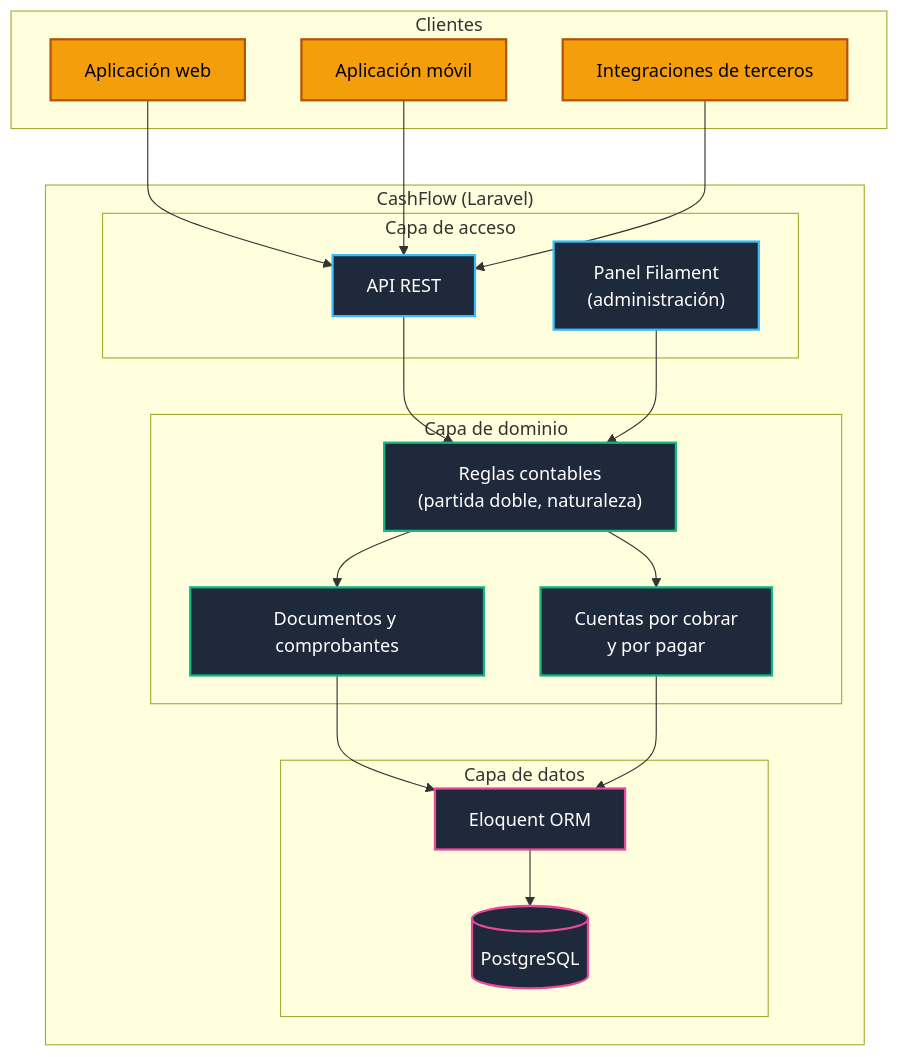
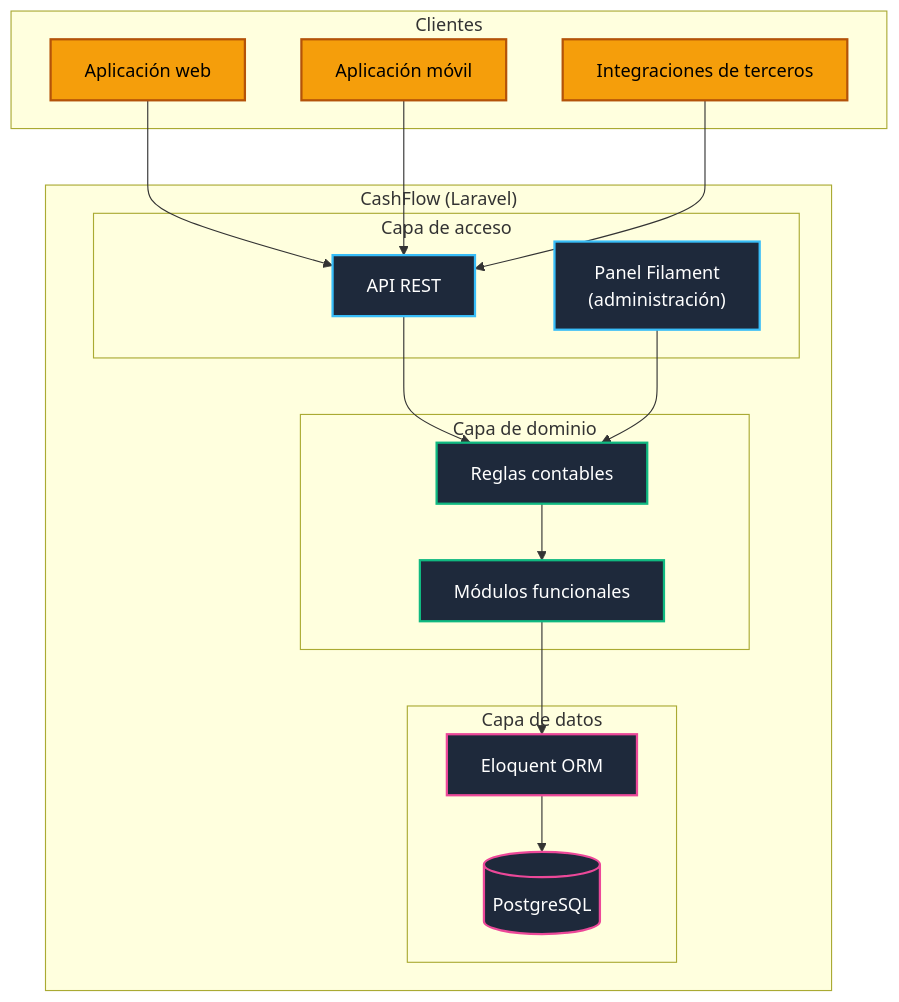
One commit to sandra-puerto/CashFlow changed the first of 3 diagrams in README.md. Above: the diagram before and after it, drawn with Mermaid. The commit also changed other lines of this file, not shown here.

````diff
--- a/README.md
+++ b/README.md
@@ -41,48 +71,45 @@
 ```mermaid
 graph TB
     subgraph Clients ["Clientes"]
         Web["Aplicación web"]
         Mobile["Aplicación móvil"]
         Ext["Integraciones de terceros"]
     end
 
     subgraph CashFlow ["CashFlow (Laravel)"]
         subgraph Access ["Capa de acceso"]
             API["API REST"]
             Filament["Panel Filament<br/>(administración)"]
         end
 
         subgraph Domain ["Capa de dominio"]
-            Rules["Reglas contables<br/>(partida doble, naturaleza)"]
-            Docs["Documentos y comprobantes"]
-            Third["Cuentas por cobrar<br/>y por pagar"]
+            Rules["Reglas contables"]
+            Modules["Módulos funcionales"]
         end
 
         subgraph Data ["Capa de datos"]
             ORM["Eloquent ORM"]
             DB[("PostgreSQL")]
         end
     end
 
     Web --> API
     Mobile --> API
     Ext --> API
 
     API --> Rules
     Filament --> Rules
-    Rules --> Docs
-    Rules --> Third
-    Docs --> ORM
-    Third --> ORM
+    Rules --> Modules
+    Modules --> ORM
     ORM --> DB
 
     classDef client fill:#f59e0b,stroke:#b45309,stroke-width:2px,color:#000;
     classDef access fill:#1e293b,stroke:#38bdf8,stroke-width:2px,color:#fff;
     classDef domain fill:#1e293b,stroke:#10b981,stroke-width:2px,color:#fff;
     classDef data fill:#1e293b,stroke:#ec4899,stroke-width:2px,color:#fff;
 
     class Web,Mobile,Ext client;
     class API,Filament access;
-    class Rules,Docs,Third domain;
+    class Rules,Modules domain;
     class ORM,DB data;
 ```
````
